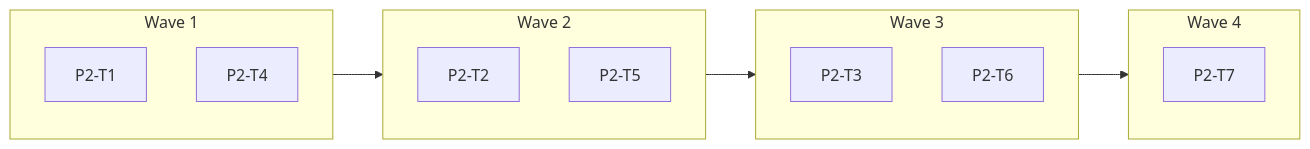
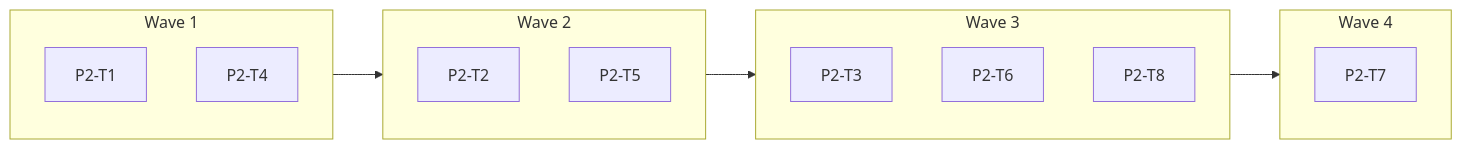
The fourth of 11 diagrams in build/docs/phases.md (giorgosroussos/uplift), drawn with Mermaid before and after one commit. The commit also changed other lines of this file and 28 other files, not shown here.

````diff
--- a/build/docs/phases.md
+++ b/build/docs/phases.md
@@ -169,21 +170,22 @@
 ```mermaid
 flowchart LR
   subgraph W1["Wave 1"]
     P2_T1["P2-T1"]
     P2_T4["P2-T4"]
   end
   subgraph W2["Wave 2"]
     P2_T2["P2-T2"]
     P2_T5["P2-T5"]
   end
   W1 --> W2
   subgraph W3["Wave 3"]
     P2_T3["P2-T3"]
     P2_T6["P2-T6"]
+    P2_T8["P2-T8"]
   end
   W2 --> W3
   subgraph W4["Wave 4"]
     P2_T7["P2-T7"]
   end
   W3 --> W4
 ```
````
